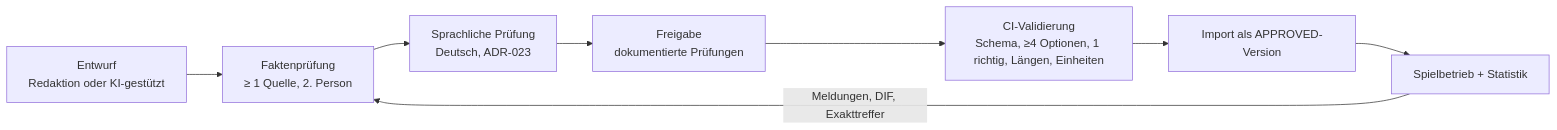
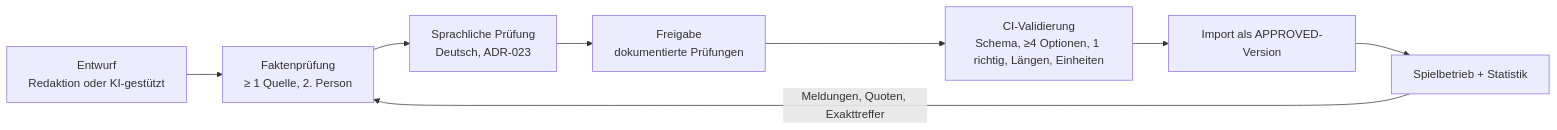
One commit to cibakhun/trivia-game changed the second of 2 diagrams in docs/QUIZ_ENGINE.md. Above: the diagram before and after it, drawn with Mermaid. The commit also changed other lines of this file and 14 other files, not shown here.

````diff
--- a/docs/QUIZ_ENGINE.md
+++ b/docs/QUIZ_ENGINE.md
@@ -225,10 +225,10 @@
 ```mermaid
 flowchart LR
   A[Entwurf<br/>Redaktion oder KI-gestützt] --> B[Faktenprüfung<br/>≥ 1 Quelle, 2. Person]
   B --> C[Sprachliche Prüfung<br/>Deutsch, ADR-023]
   C --> D[Freigabe<br/>dokumentierte Prüfungen]
   D --> E[CI-Validierung<br/>Schema, ≥4 Optionen, 1 richtig, Längen, Einheiten]
   E --> F[Import als APPROVED-Version]
   F --> G[Spielbetrieb + Statistik]
-  G -->|Meldungen, DIF, Exakttreffer| B
+  G -->|Meldungen, Quoten, Exakttreffer| B
 ```
````
